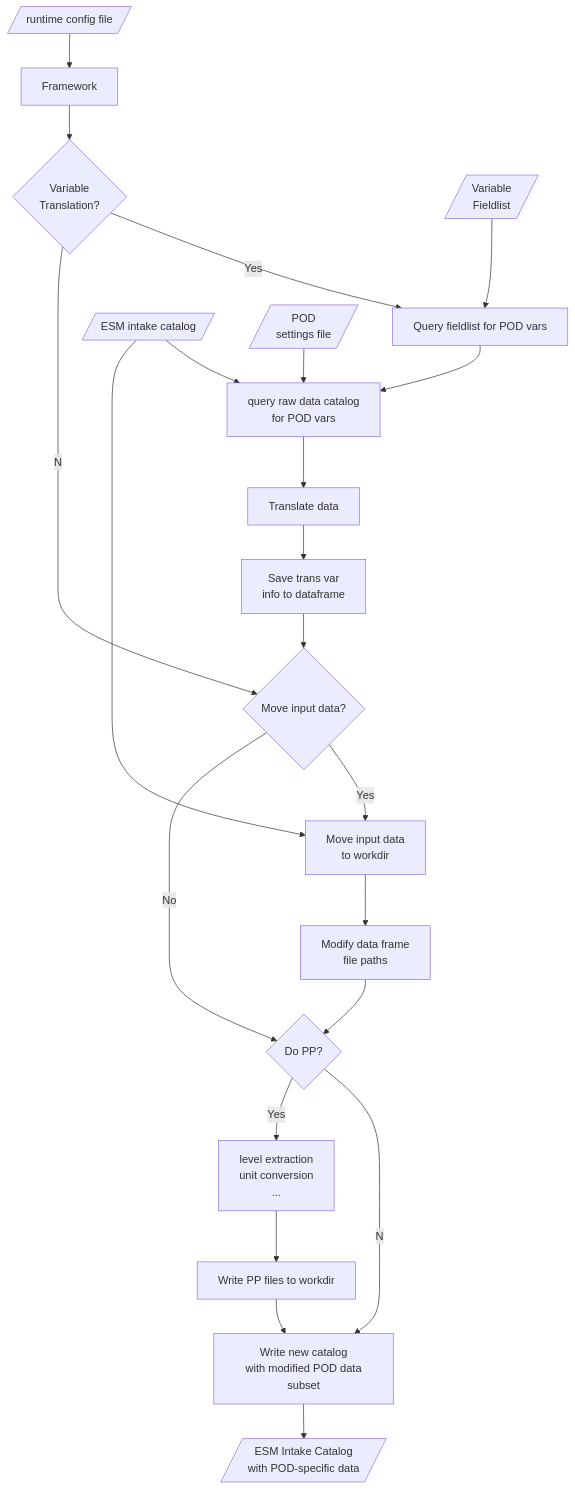
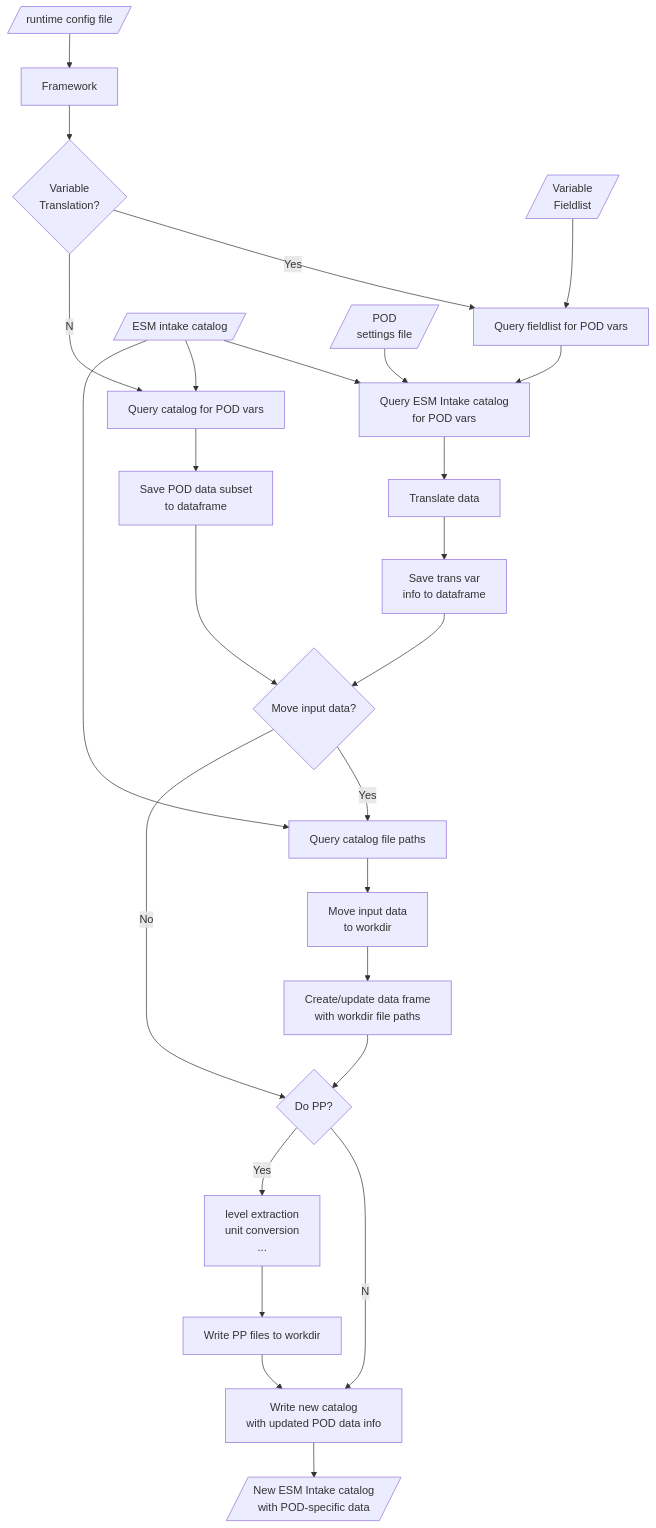
The diagram in doc/pp_flow_diagram.md (NOAA-GFDL/MDTF-diagnostics), drawn with Mermaid before and after one commit.

Commit message:
update PP flow diagram

````diff
--- a/doc/pp_flow_diagram.md
+++ b/doc/pp_flow_diagram.md
@@ -1,24 +1,28 @@
 ```mermaid
   flowchart TD
     rtconfig[/runtime config file/]-->fw[framework]
     fw[Framework]-->translateyn{Variable\n Translation?}
     translateyn-- Yes -->queryfieldlist[Query fieldlist for POD vars]
     fieldlist[/Variable\n Fieldlist/]-->queryfieldlist
-    queryfieldlist-->querycatvar[query raw data catalog\n for POD vars]
+    queryfieldlist-->querycatvar[Query ESM Intake catalog\n for POD vars]
     cat1[/ESM intake catalog/]-->querycatvar
     podset[/POD\n settings file/]-->querycatvar
     querycatvar-->dotranslate[Translate data]
     dotranslate-->adddf[Save trans var\n info to dataframe]
     adddf-->movefilesyn{Move input data?}
-    translateyn-- No-->movefilesyn
-    movefilesyn-- Yes-->movefiles[Move input data\n to workdir]
-    cat1-->movefiles
-    movefiles-->moddf[Modify data frame\n file paths]
+    translateyn-- No-->querycatvarnot[Query catalog for POD vars]
+    cat1-->querycatvarnot
+    querycatvarnot-->adddf2[Save POD data subset\n to dataframe]
+    adddf2-->movefilesyn
+    movefilesyn-- Yes-->querycatfiles[Query catalog file paths]
+    cat1-->querycatfiles
+    querycatfiles-->movefiles[Move input data\n to workdir]
+    movefiles-->moddf[Create/update data frame\n with workdir file paths]
     movefilesyn-- No -->ppyn{Do PP?}
     moddf-->ppyn
-    ppyn-- No-->newcat[Write new catalog\n with modified POD data subset]
+    ppyn-- No-->newcat[Write new catalog\n with updated POD data info]
     ppyn-- Yes-->dopp[level extraction\n unit conversion\n ... ]
     dopp-->writeppfiles[Write PP files to workdir]
     writeppfiles-->newcat
-    newcat-->cat2[/ESM Intake Catalog\n with POD-specific data/]
+    newcat-->cat2[/New ESM Intake catalog\n with POD-specific data/]
 ```
````
